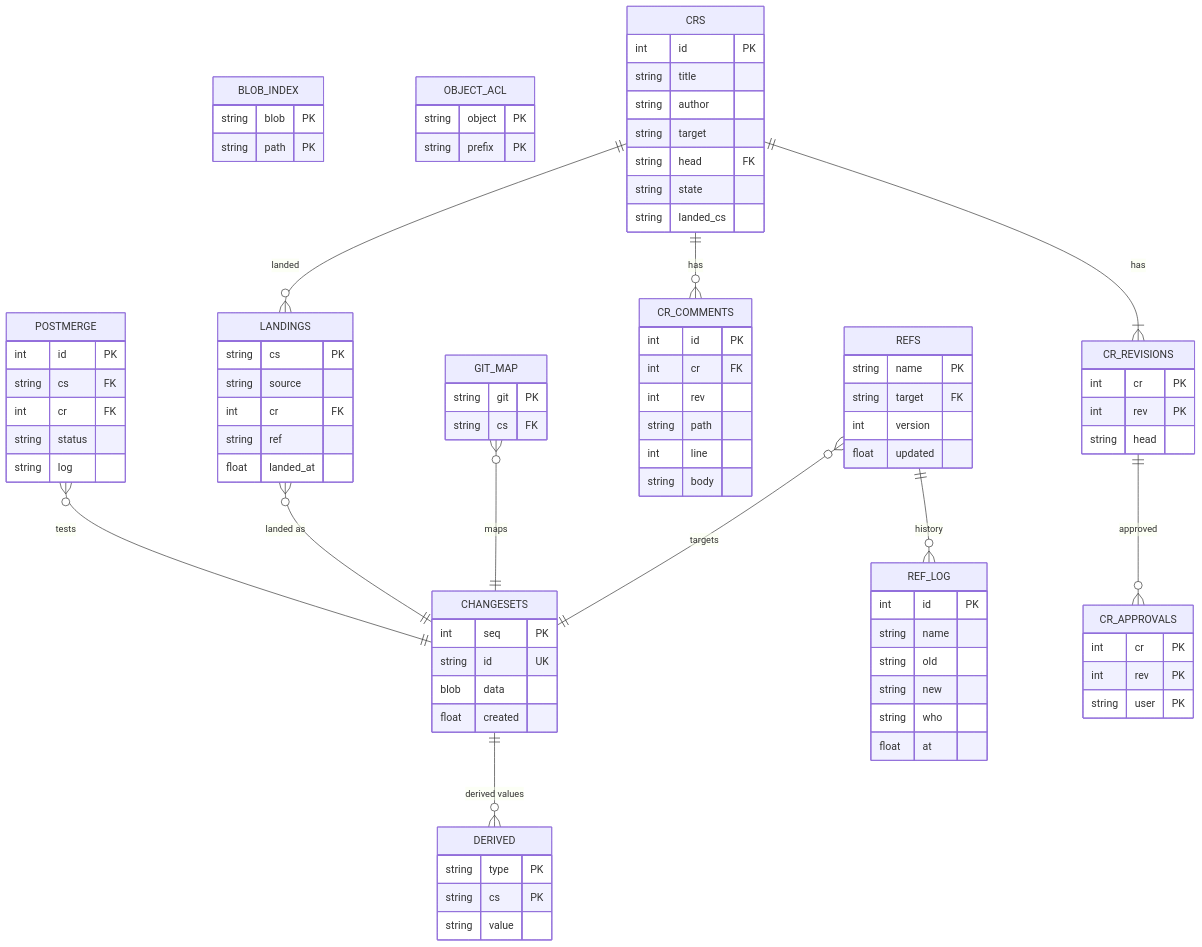
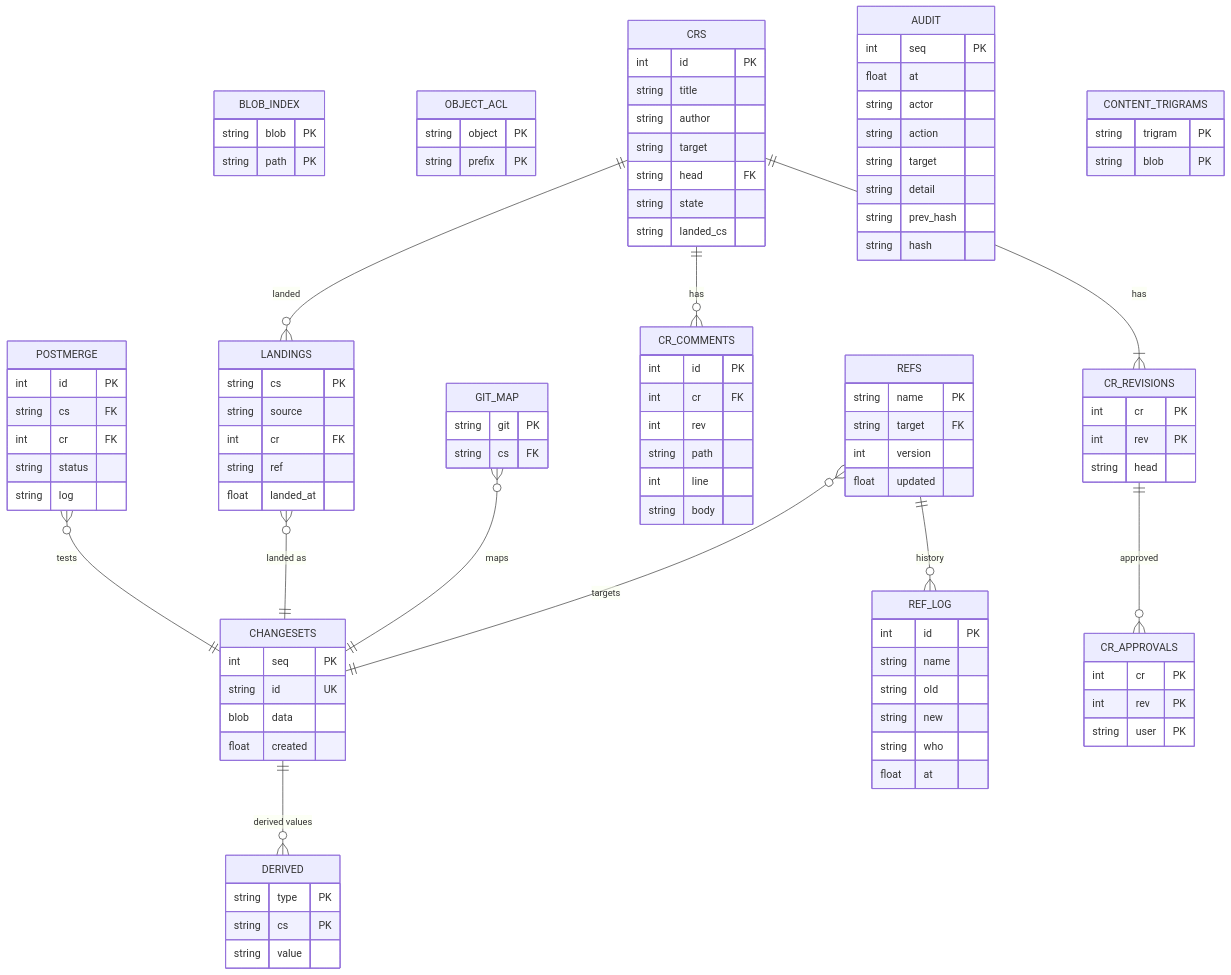
Diagram 25 of 25 in scion/docs/design/06-uml.md (Space-Trucker/AIresume), drawn with Mermaid before and after one commit. The commit also changed other lines of this file and 52 other files, not shown here.

```diff
--- a/scion/docs/design/06-uml.md
+++ b/scion/docs/design/06-uml.md
@@ -959,6 +971,20 @@
     string ref
     float landed_at
   }
+  AUDIT {
+    int seq PK
+    float at
+    string actor
+    string action
+    string target
+    string detail
+    string prev_hash
+    string hash
+  }
+  CONTENT_TRIGRAMS {
+    string trigram PK
+    string blob PK
+  }
   POSTMERGE {
     int id PK
     string cs FK
```
